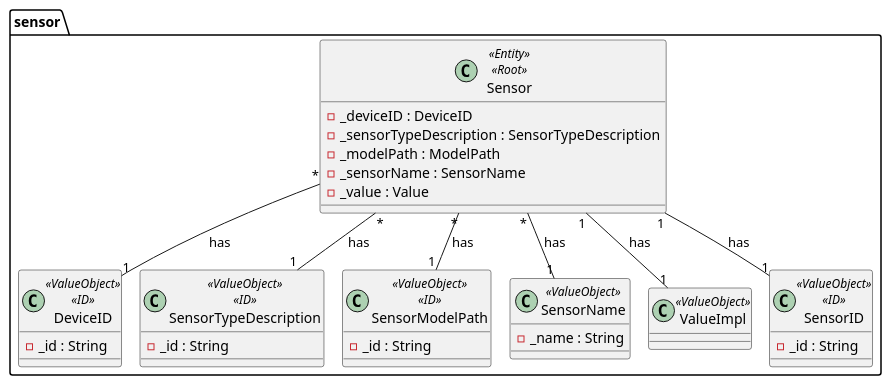
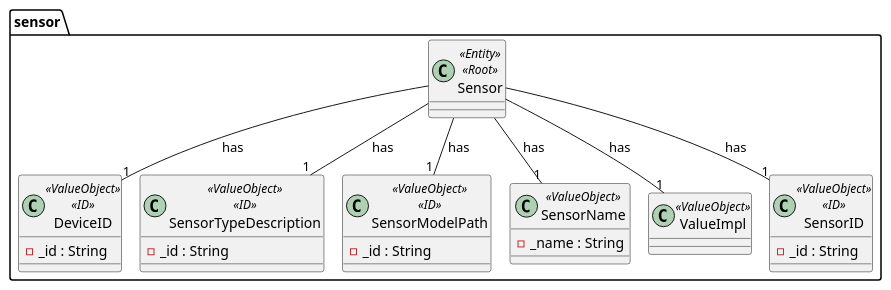
Before and after one commit to olivDiogo/SmartHome: the diagram in docs/ooa/4.agreggateModels/Sensor.puml, drawn with PlantUML. The commit also changed 10 other files, not shown here.

```diff
--- a/docs/ooa/4.agreggateModels/Sensor.puml
+++ b/docs/ooa/4.agreggateModels/Sensor.puml
@@ -1,43 +1,38 @@
 @startuml
 'https://plantuml.com/class-diagram
 !pragma layout smetana
 
 package sensor {
     class Sensor <<Entity>> <<Root>> {
-        - _deviceID : DeviceID
-        - _sensorTypeDescription : SensorTypeDescription
-        - _modelPath : ModelPath
-        - _sensorName : SensorName
-        - _value : Value
     }
     class DeviceID <<ValueObject>> <<ID>> {
         - _id : String
     }
 
     class SensorTypeDescription <<ValueObject>> <<ID>> {
         - _id : String
     }
     class SensorModelPath <<ValueObject>> <<ID>> {
         - _id : String
     }
 
     class SensorName <<ValueObject>> {
         - _name : String
     }
 
     class ValueImpl <<ValueObject>>{
     }
 
     class SensorID <<ValueObject>> <<ID>> {
         - _id : String
     }
 }
 
-Sensor "*" -- "1" SensorTypeDescription : has
-Sensor "*" -- "1" SensorModelPath : has
-Sensor "1" -- "1" ValueImpl : has
-Sensor "*" -- "1" DeviceID : has
-Sensor "*" -- "1" SensorName : has
-Sensor "1" -- "1" SensorID : has
+Sensor  -- "1" SensorTypeDescription : has
+Sensor  -- "1" SensorModelPath : has
+Sensor  -- "1" ValueImpl : has
+Sensor  -- "1" DeviceID : has
+Sensor  -- "1" SensorName : has
+Sensor  -- "1" SensorID : has
 
 @enduml
```
